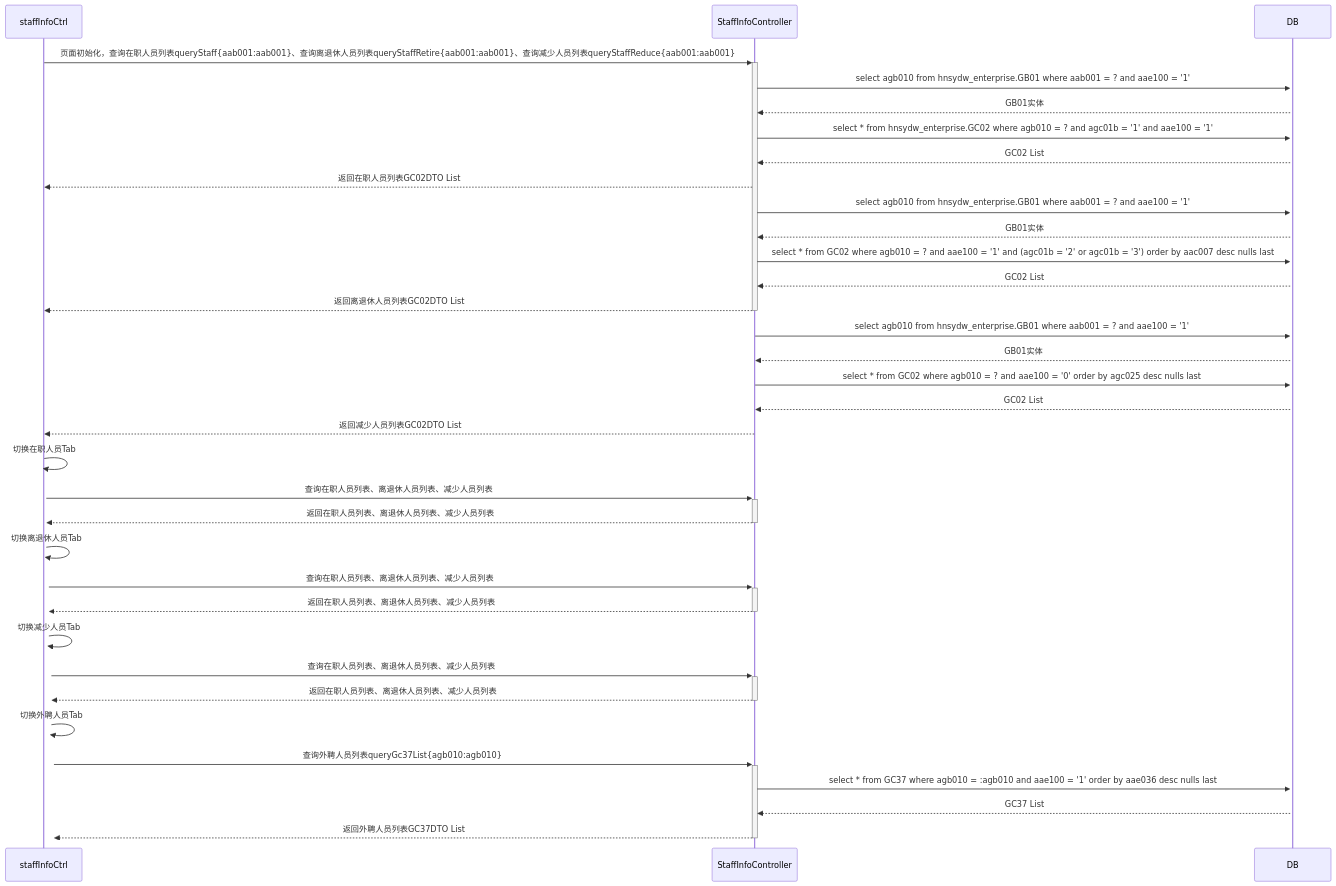
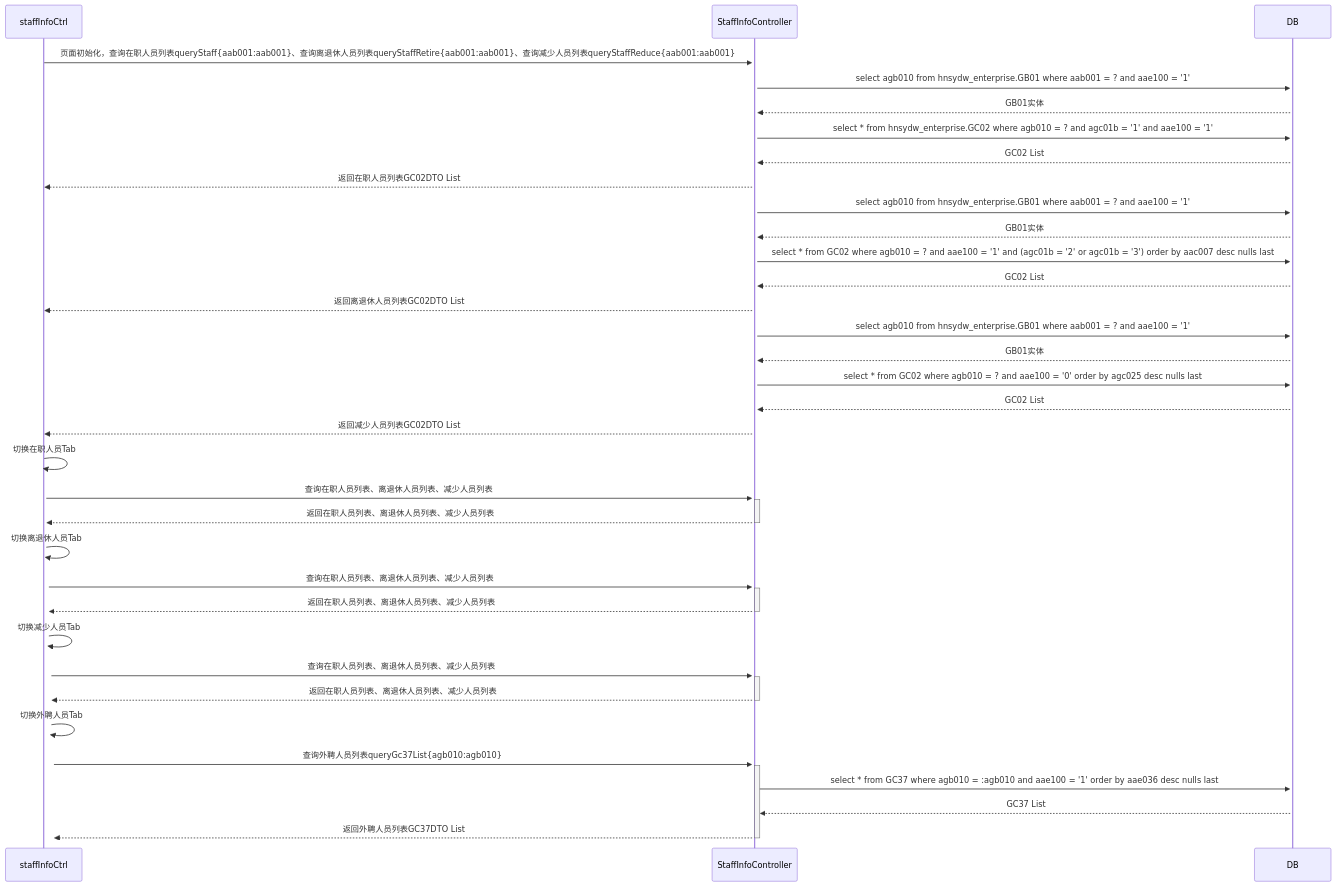
One commit to ZhangJianBeiJing/iodraw-files changed the diagram in all/人员基本信息初始化页面多Tab调用业务流程.md. Above: the diagram before and after it, drawn with Mermaid.

Commit message:
2025-03-25 11:02:02 update

````diff
--- a/all/人员基本信息初始化页面多Tab调用业务流程.md
+++ b/all/人员基本信息初始化页面多Tab调用业务流程.md
@@ -1,37 +1,37 @@
 ```mermaid
 sequenceDiagram
     staffInfoCtrl->>+StaffInfoController:页面初始化，查询在职人员列表queryStaff{aab001:aab001}、查询离退休人员列表queryStaffRetire{aab001:aab001}、查询减少人员列表queryStaffReduce{aab001:aab001}
     
     StaffInfoController->>+DB:select agb010 from hnsydw_enterprise.GB01 where aab001 = ? and aae100 = '1'
     DB-->>StaffInfoController:GB01实体
     StaffInfoController->>+DB:select * from hnsydw_enterprise.GC02 where agb010 = ? and agc01b = '1' and aae100 = '1'
     DB-->>StaffInfoController:GC02 List
     StaffInfoController-->>staffInfoCtrl:返回在职人员列表GC02DTO List
     
     StaffInfoController->>+DB:select agb010 from hnsydw_enterprise.GB01 where aab001 = ? and aae100 = '1'
     DB-->>StaffInfoController:GB01实体
     StaffInfoController->>+DB:select * from GC02 where agb010 = ? and aae100 = '1' and (agc01b = '2' or agc01b = '3') order by aac007 desc nulls last 
     DB-->>StaffInfoController:GC02 List
-    StaffInfoController-->>-staffInfoCtrl:返回离退休人员列表GC02DTO List
+    StaffInfoController-->>staffInfoCtrl:返回离退休人员列表GC02DTO List
 
     StaffInfoController->>+DB:select agb010 from hnsydw_enterprise.GB01 where aab001 = ? and aae100 = '1'
     DB-->>StaffInfoController:GB01实体
     StaffInfoController->>+DB:select * from GC02 where agb010 = ? and aae100 = '0' order by agc025 desc nulls last 
     DB-->>StaffInfoController:GC02 List
     StaffInfoController-->>staffInfoCtrl:返回减少人员列表GC02DTO List
 
     staffInfoCtrl->>+staffInfoCtrl:切换在职人员Tab
     staffInfoCtrl->>+StaffInfoController:查询在职人员列表、离退休人员列表、减少人员列表
     StaffInfoController-->>-staffInfoCtrl:返回在职人员列表、离退休人员列表、减少人员列表
     staffInfoCtrl->>+staffInfoCtrl:切换离退休人员Tab
     staffInfoCtrl->>+StaffInfoController:查询在职人员列表、离退休人员列表、减少人员列表
     StaffInfoController-->>-staffInfoCtrl:返回在职人员列表、离退休人员列表、减少人员列表
     staffInfoCtrl->>+staffInfoCtrl:切换减少人员Tab
     staffInfoCtrl->>+StaffInfoController:查询在职人员列表、离退休人员列表、减少人员列表
     StaffInfoController-->>-staffInfoCtrl:返回在职人员列表、离退休人员列表、减少人员列表
     staffInfoCtrl->>+staffInfoCtrl:切换外聘人员Tab
     staffInfoCtrl->>+StaffInfoController:查询外聘人员列表queryGc37List{agb010:agb010}
     StaffInfoController->>+DB:select * from GC37 where agb010 = :agb010 and aae100 = '1' order by aae036 desc nulls last
     DB-->>StaffInfoController:GC37 List 
     StaffInfoController-->>-staffInfoCtrl:返回外聘人员列表GC37DTO List
 ```
````
